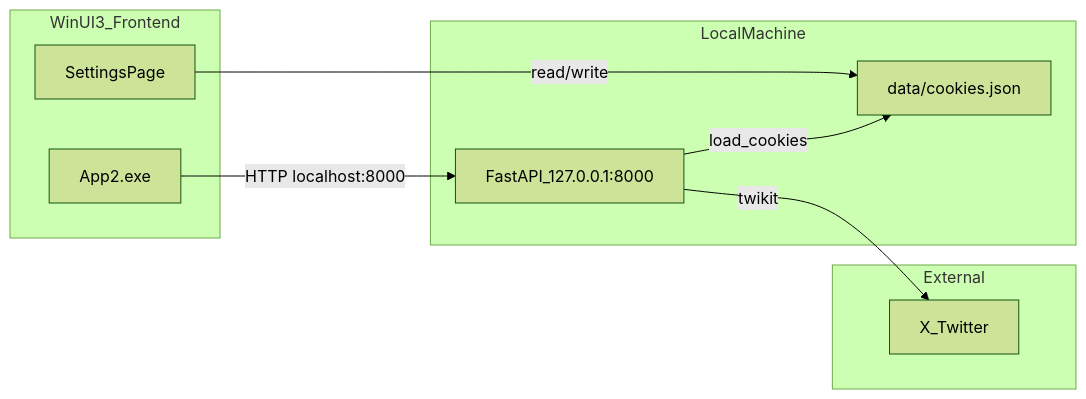
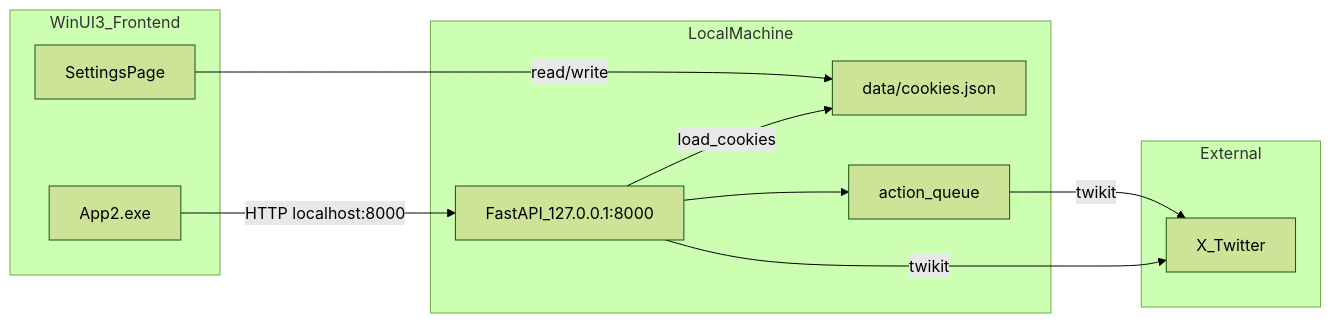
The diagram in README.md (yukari-557fd8/WinUI-3-twikit), drawn with Mermaid (forest theme) before and after one commit. The commit also changed other lines of this file, not shown here.

Commit message:
Update README for lists, action queue, and API docs

````diff
--- a/README.md
+++ b/README.md
@@ -26,18 +38,21 @@
 ```mermaid
 flowchart LR
     subgraph winui [WinUI3_Frontend]
         App[App2.exe]
         Settings[SettingsPage]
     end
     subgraph local [LocalMachine]
         Cookies["data/cookies.json"]
         API["FastAPI_127.0.0.1:8000"]
+        Queue["action_queue"]
     end
     subgraph external [External]
         X[X_Twitter]
     end
     App -->|"HTTP localhost:8000"| API
     Settings -->|"read/write"| Cookies
     API -->|"load_cookies"| Cookies
+    API --> Queue
+    Queue -->|"twikit"| X
     API -->|"twikit"| X
 ```
````
